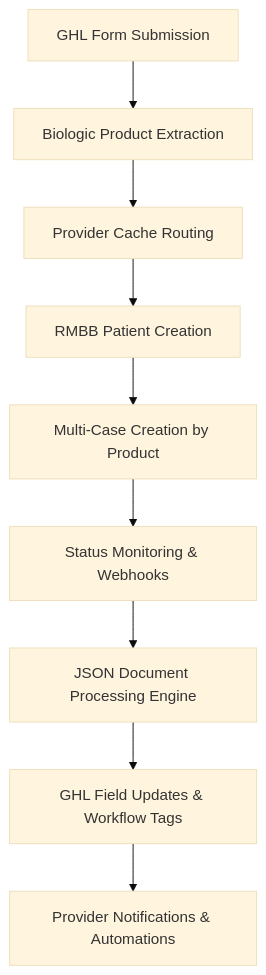
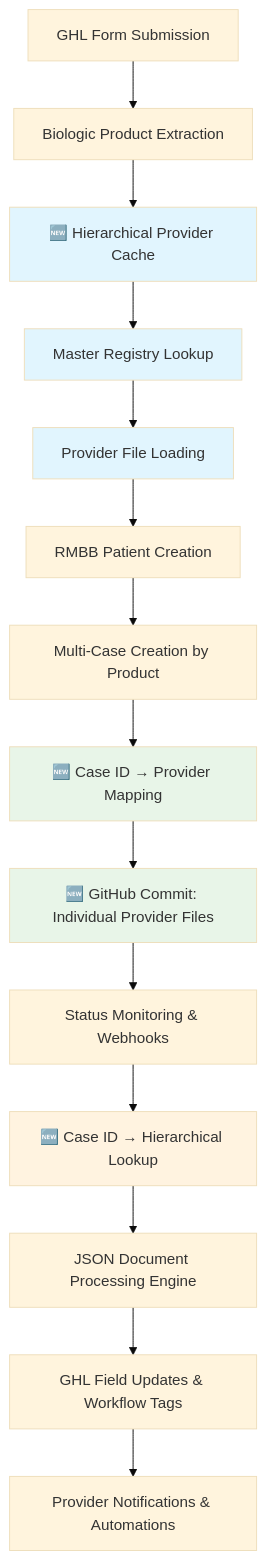
One commit to twade123/rmbb-health-webhook changed the diagram in rmbbhealth/README.md. Above: the diagram before and after it, drawn with Mermaid (base theme). The commit also changed other lines of this file, not shown here.

````diff
--- a/rmbbhealth/README.md
+++ b/rmbbhealth/README.md
@@ -9,11 +9,23 @@
 ```mermaid
 graph TD
     A[GHL Form Submission] --> B[Biologic Product Extraction]
-    B --> C[Provider Cache Routing] 
-    C --> D[RMBB Patient Creation]
+    B --> C[🆕 Hierarchical Provider Cache]
+    C --> C1[Master Registry Lookup]
+    C1 --> C2[Provider File Loading]
+    C2 --> D[RMBB Patient Creation]
     D --> E[Multi-Case Creation by Product]
-    E --> F[Status Monitoring & Webhooks]
-    F --> G[JSON Document Processing Engine]
+    E --> E1[🆕 Case ID → Provider Mapping]
+    E1 --> E2[🆕 GitHub Commit: Individual Provider Files]
+    E2 --> F[Status Monitoring & Webhooks]
+    F --> F1[🆕 Case ID → Hierarchical Lookup]
+    F1 --> G[JSON Document Processing Engine]
     G --> H[GHL Field Updates & Workflow Tags]
     H --> I[Provider Notifications & Automations]
+    
+    style C fill:#e1f5fe
+    style C1 fill:#e1f5fe
+    style C2 fill:#e1f5fe
+    style E1 fill:#e8f5e8
+    style E2 fill:#e8f5e8
+    style F1 fill:#fff3e0
 ```
````
